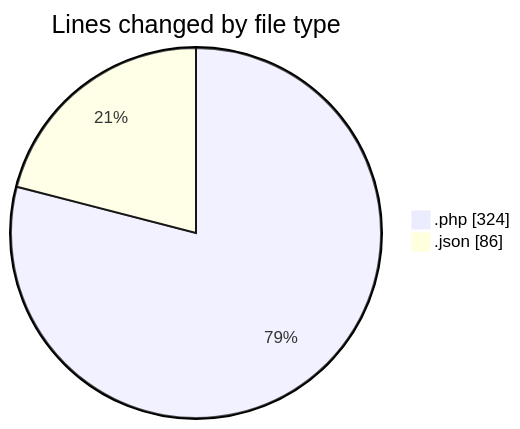
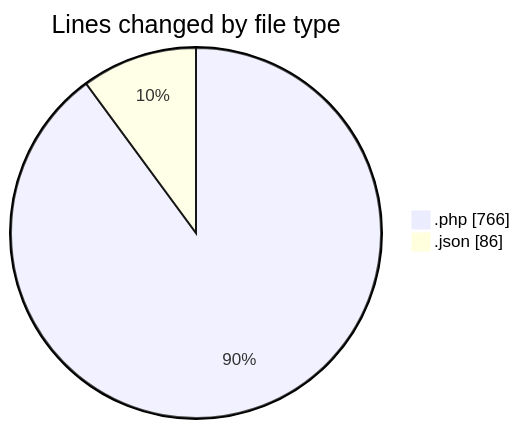
One commit to vahidmafi/code-tracking changed the first of 2 diagrams in 2025-04-11/zeytoon/README.md. Above: the diagram before and after it, drawn with Mermaid. The commit also changed other lines of this file and 1 other file, not shown here.

````diff
--- a/2025-04-11/zeytoon/README.md
+++ b/2025-04-11/zeytoon/README.md
@@ -23,6 +24,6 @@
 ```mermaid
 pie showData
 title Lines changed by file type
-".php" : 324
+".php" : 766
 ".json" : 86
 ```
````
